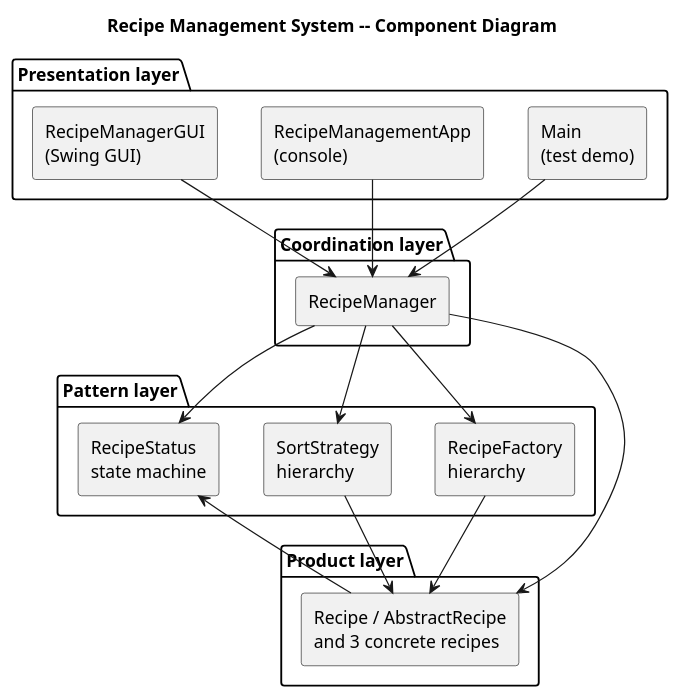
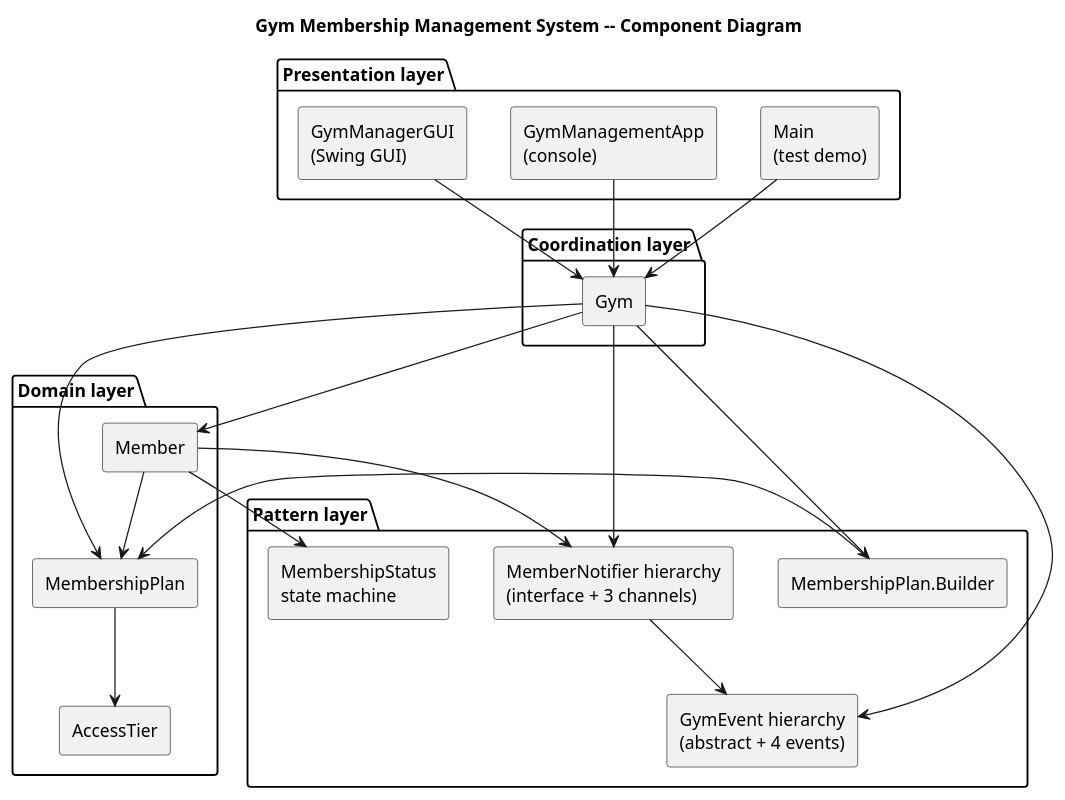
One commit to hoop-ai/gym-membership-management-system changed the diagram in docs/uml/class/component-diagram.puml. Above: the diagram before and after it, drawn with PlantUML. The commit also changed 77 other files, not shown here.

```diff
--- a/docs/uml/class/component-diagram.puml
+++ b/docs/uml/class/component-diagram.puml
@@ -1,39 +1,46 @@
-@startuml RecipeManagementComponentDiagram
-title Recipe Management System -- Component Diagram
+@startuml GymManagementComponentDiagram
+title Gym Membership Management System -- Component Diagram
 
 skinparam componentStyle rectangle
 
 package "Presentation layer" {
     [Main\n(test demo)]                 as MAIN
-    [RecipeManagementApp\n(console)]    as APP
-    [RecipeManagerGUI\n(Swing GUI)]     as GUI
+    [GymManagementApp\n(console)]       as APP
+    [GymManagerGUI\n(Swing GUI)]        as GUI
 }
 
 package "Coordination layer" {
-    [RecipeManager] as MGR
+    [Gym] as GYM
 }
 
 package "Pattern layer" {
-    [RecipeFactory\nhierarchy]  as FACT
-    [SortStrategy\nhierarchy]   as STRAT
-    [RecipeStatus\nstate machine] as STATE
+    [MembershipPlan.Builder]                as B
+    [GymEvent hierarchy\n(abstract + 4 events)] as EVT
+    [MemberNotifier hierarchy\n(interface + 3 channels)] as NOT
+    [MembershipStatus\nstate machine] as STATE
 }
 
-package "Product layer" {
-    [Recipe / AbstractRecipe\nand 3 concrete recipes] as PROD
+package "Domain layer" {
+    [MembershipPlan]                                  as PLAN
+    [Member]                                          as MEMBER
+    [AccessTier]                                      as TIER
 }
 
-MAIN  --> MGR
-APP   --> MGR
-GUI   --> MGR
+MAIN --> GYM
+APP  --> GYM
+GUI  --> GYM
 
-MGR --> FACT
-MGR --> STRAT
-MGR --> STATE
-MGR --> PROD
+GYM --> B
+GYM --> EVT
+GYM --> NOT
+GYM --> PLAN
+GYM --> MEMBER
 
-FACT --> PROD
-STATE <-- PROD
-STRAT --> PROD
+B    --> PLAN
+PLAN --> TIER
+MEMBER --> PLAN
+MEMBER --> STATE
+MEMBER --> NOT
+NOT --> EVT
 
 @enduml
```
